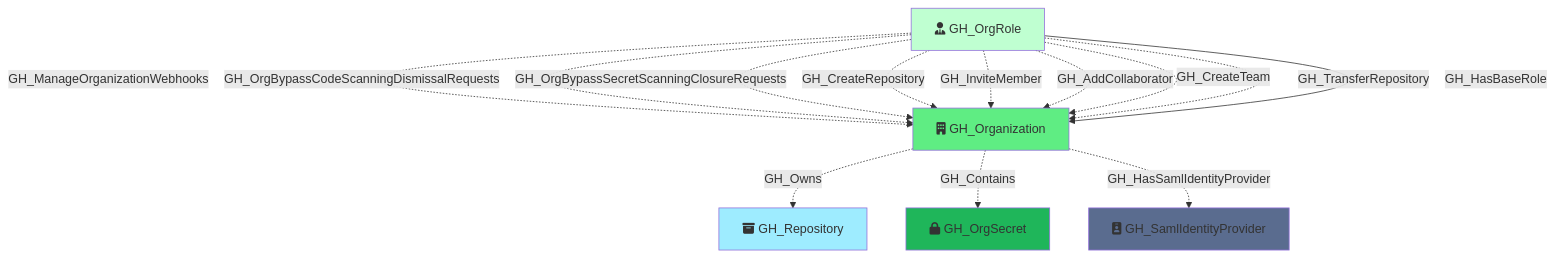
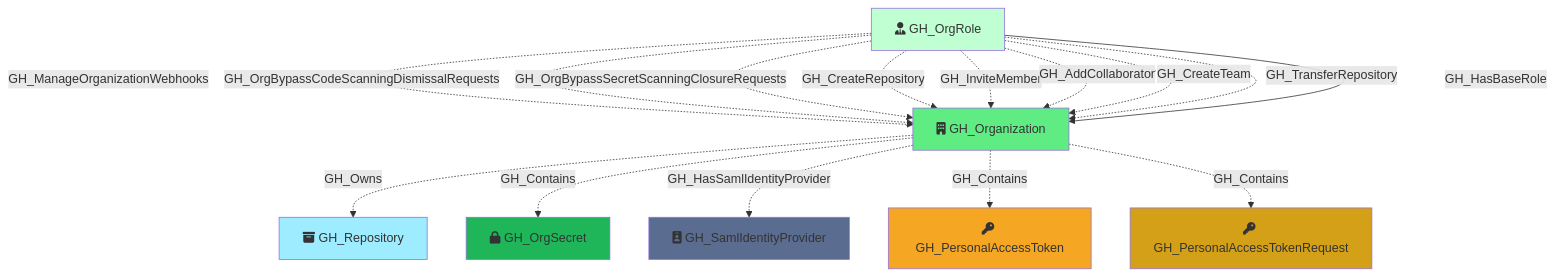
One commit to SpecterOps/GitHound changed the diagram in Documentation/Nodes/GH_Organization.md. Above: the diagram before and after it, drawn with Mermaid. The commit also changed other lines of this file and 90 other files, not shown here.

````diff
--- a/Documentation/Nodes/GH_Organization.md
+++ b/Documentation/Nodes/GH_Organization.md
@@ -69,27 +71,35 @@
 ```mermaid
 flowchart TD
     GH_Organization[fa:fa-building GH_Organization]
     GH_Repository[fa:fa-box-archive GH_Repository]
     GH_OrgSecret[fa:fa-lock GH_OrgSecret]
     GH_SamlIdentityProvider[fa:fa-id-badge GH_SamlIdentityProvider]
     GH_OrgRole[fa:fa-user-tie GH_OrgRole]
 
     style GH_Organization fill:#5FED83
     style GH_Repository fill:#9EECFF
     style GH_OrgSecret fill:#1FB65A
     style GH_SamlIdentityProvider fill:#5A6C8F
     style GH_OrgRole fill:#BFFFD1
 
     GH_Organization -.->|GH_Owns| GH_Repository
+    GH_PersonalAccessToken[fa:fa-key GH_PersonalAccessToken]
+    GH_PersonalAccessTokenRequest[fa:fa-key GH_PersonalAccessTokenRequest]
+
+    style GH_PersonalAccessToken fill:#F5A623
+    style GH_PersonalAccessTokenRequest fill:#D4A017
+
     GH_Organization -.->|GH_Contains| GH_OrgSecret
     GH_Organization -.->|GH_HasSamlIdentityProvider| GH_SamlIdentityProvider
+    GH_Organization -.->|GH_Contains| GH_PersonalAccessToken
+    GH_Organization -.->|GH_Contains| GH_PersonalAccessTokenRequest
     GH_OrgRole -.->|GH_ManageOrganizationWebhooks| GH_Organization
     GH_OrgRole -.->|GH_OrgBypassCodeScanningDismissalRequests| GH_Organization
     GH_OrgRole -.->|GH_OrgBypassSecretScanningClosureRequests| GH_Organization
     GH_OrgRole -.->|GH_CreateRepository| GH_Organization
     GH_OrgRole -.->|GH_InviteMember| GH_Organization
     GH_OrgRole -.->|GH_AddCollaborator| GH_Organization
     GH_OrgRole -.->|GH_CreateTeam| GH_Organization
     GH_OrgRole -.->|GH_TransferRepository| GH_Organization
     GH_OrgRole -->|GH_HasBaseRole| GH_Organization
 ```
````
